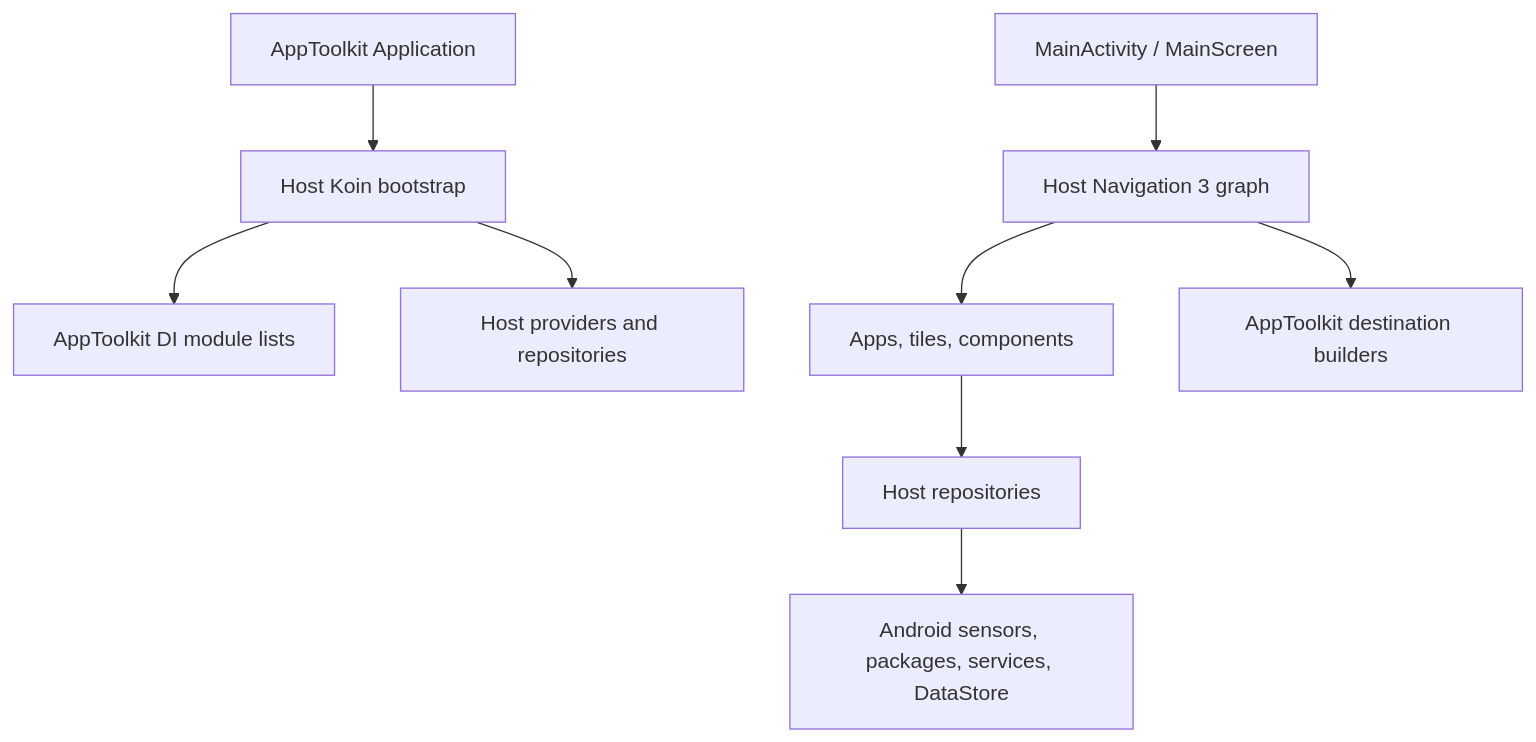
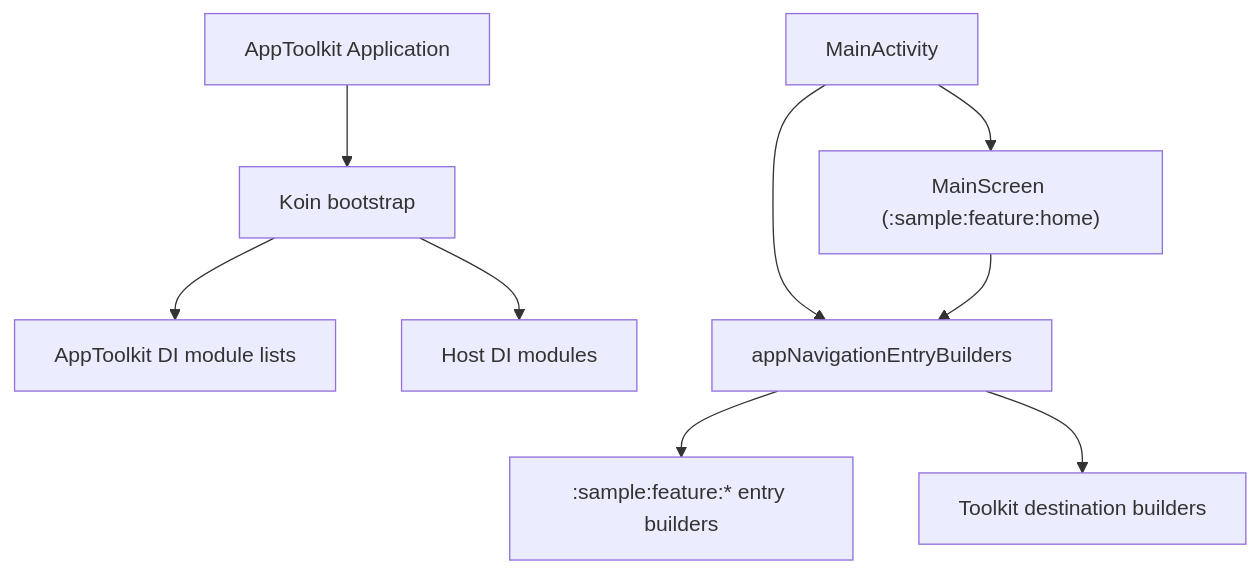
The diagram in sample/app/README.md (MihaiCristianCondrea/App-Toolkit-for-Android), drawn with Mermaid before and after one commit. The commit also changed other lines of this file and 10 other files, not shown here.

First line of the commit message:
Document the sample modules

````diff
--- a/sample/app/README.md
+++ b/sample/app/README.md
@@ -35,11 +37,11 @@
 ```mermaid
 flowchart TD
-    App[AppToolkit Application] --> Koin[Host Koin bootstrap]
+    App[AppToolkit Application] --> Koin[Koin bootstrap]
     Koin --> Facade[AppToolkit DI module lists]
-    Koin --> HostBindings[Host providers and repositories]
-    Main[MainActivity / MainScreen] --> Nav[Host Navigation 3 graph]
-    Nav --> HostFeatures[Apps, tiles, components]
-    Nav --> ToolkitBuilders[AppToolkit destination builders]
-    HostFeatures --> Logic[Host repositories]
-    Logic --> Android[Android sensors, packages, services, DataStore]
+    Koin --> HostModules[Host DI modules]
+    Activity[MainActivity] --> Builders[appNavigationEntryBuilders]
+    Builders --> Features[":sample:feature:* entry builders"]
+    Builders --> ToolkitEntries[Toolkit destination builders]
+    Activity --> Shell["MainScreen (:sample:feature:home)"]
+    Shell --> Builders
 ```
````
